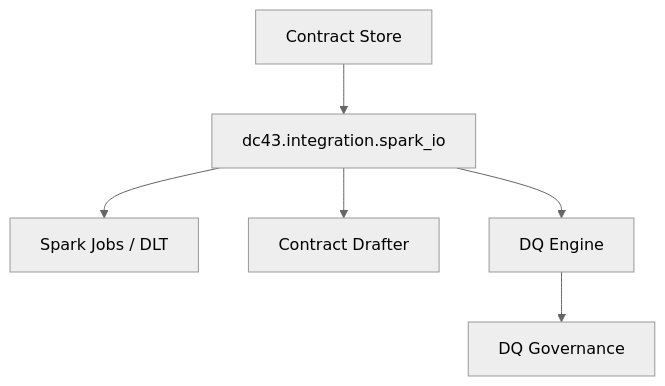
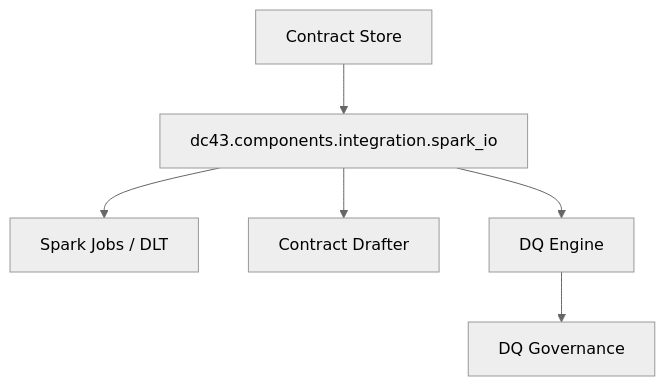
One commit to NextLab-SRL/dc43 changed the diagram in docs/implementations/integration/spark-dlt.md. Above: the diagram before and after it, drawn with Mermaid (neutral theme). The commit also changed other lines of this file and 36 other files, not shown here.

````diff
--- a/docs/implementations/integration/spark-dlt.md
+++ b/docs/implementations/integration/spark-dlt.md
@@ -12,8 +12,8 @@
 ```mermaid
 flowchart TD
-    ContractStore["Contract Store"] --> IO["dc43.integration.spark_io"]
+    ContractStore["Contract Store"] --> IO["dc43.components.integration.spark_io"]
     IO --> Spark["Spark Jobs / DLT"]
     IO --> Drafter["Contract Drafter"]
     IO --> DQEngine["DQ Engine"]
     DQEngine --> DQClient["DQ Governance"]
 ```
````
